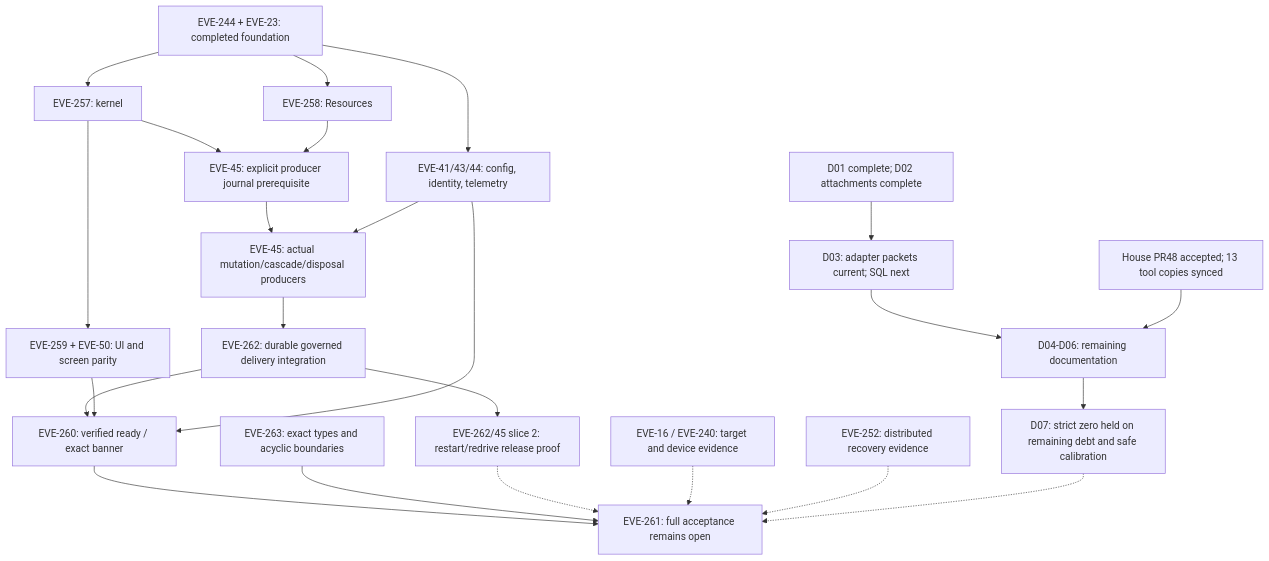
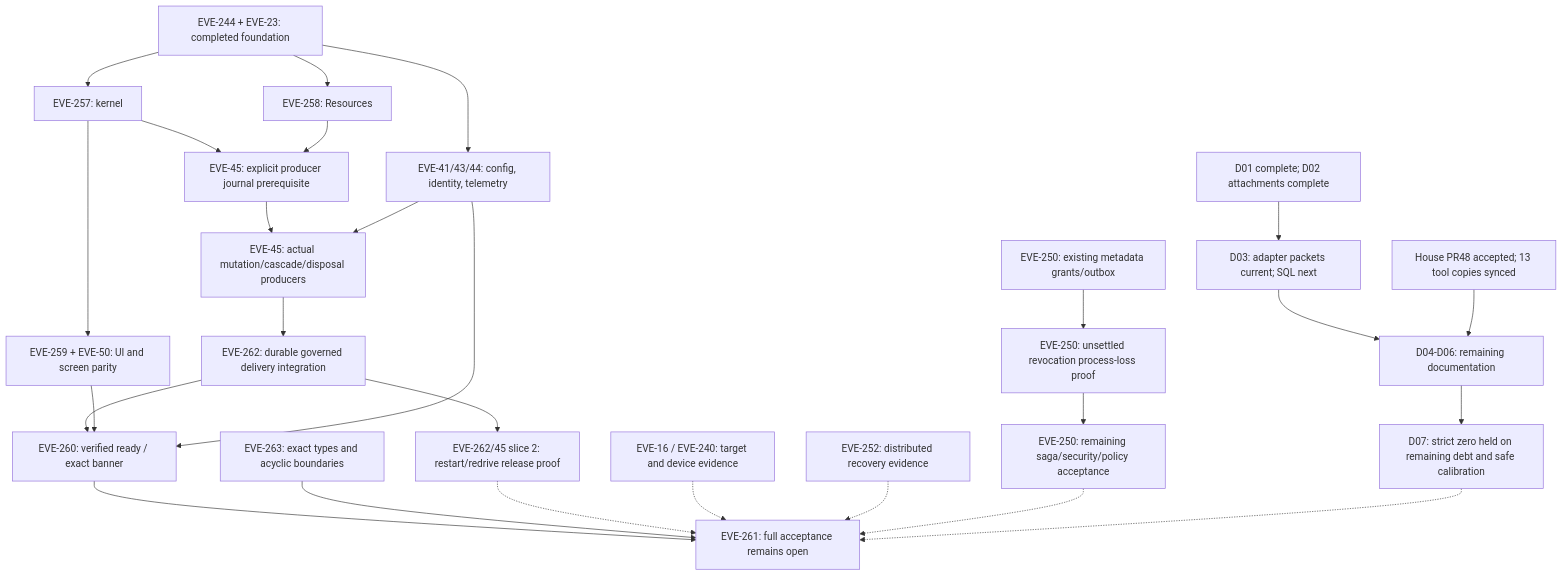
Before and after one commit to Resnovas/Eventiva: the first of 2 diagrams in docs/planning/timeline.md, drawn with Mermaid. The commit also changed other lines of this file and 4 other files, not shown here.

First line of the commit message:
test(marketplace): prove unsettled revocation across process loss

````diff
--- a/docs/planning/timeline.md
+++ b/docs/planning/timeline.md
@@ -136,40 +158,46 @@
 ```mermaid
 flowchart TD
     F["EVE-244 + EVE-23: completed foundation"] --> K["EVE-257: kernel"]
     F --> R["EVE-258: Resources"]
     F --> C["EVE-41/43/44: config, identity, telemetry"]
     K --> J["EVE-45: explicit producer journal prerequisite"]
     R --> J
     J --> P["EVE-45: actual mutation/cascade/disposal producers"]
     C --> P
     P --> H["EVE-262: durable governed delivery integration"]
     H --> HR["EVE-262/45 slice 2: restart/redrive release proof"]
     K --> U["EVE-259 + EVE-50: UI and screen parity"]
     H --> B["EVE-260: verified ready / exact banner"]
     U --> B
     C --> B
     B --> I["EVE-261: full acceptance remains open"]
     T["EVE-263: exact types and acyclic boundaries"] --> I
     HR -.-> I
     N["EVE-16 / EVE-240: target and device evidence"] -.-> I
     D["EVE-252: distributed recovery evidence"] -.-> I
+    M["EVE-250: existing metadata grants/outbox"] --> MR["EVE-250: unsettled revocation process-loss proof"]
+    MR --> MA["EVE-250: remaining saga/security/policy acceptance"]
+    MA -.-> I
     DOC_A["D01 complete; D02 attachments complete"] --> DOC_B["D03: adapter packets current; SQL next"]
     DOC_B --> DOC_C["D04-D06: remaining documentation"]
     HOUSE_DOC["House PR48 accepted; 13 tool copies synced"] --> DOC_C
     DOC_C --> DOC_D["D07: strict zero held on remaining debt and safe calibration"]
     DOC_D -.-> I
     click F "https://linear.app/resnovas/issue/EVE-244"
     click K "https://linear.app/resnovas/issue/EVE-257"
     click R "https://linear.app/resnovas/issue/EVE-258"
     click C "https://linear.app/resnovas/issue/EVE-44"
     click J "https://linear.app/resnovas/issue/EVE-45"
     click P "https://linear.app/resnovas/issue/EVE-45"
     click H "https://linear.app/resnovas/issue/EVE-262"
     click HR "https://linear.app/resnovas/issue/EVE-262"
     click U "https://linear.app/resnovas/issue/EVE-259"
     click B "https://linear.app/resnovas/issue/EVE-260"
     click I "https://linear.app/resnovas/issue/EVE-261"
     click T "https://linear.app/resnovas/issue/EVE-263"
     click N "https://linear.app/resnovas/issue/EVE-16"
     click D "https://linear.app/resnovas/issue/EVE-252"
+    click M "https://linear.app/resnovas/issue/EVE-250"
+    click MR "https://linear.app/resnovas/issue/EVE-250"
+    click MA "https://linear.app/resnovas/issue/EVE-250"
 ```
````
